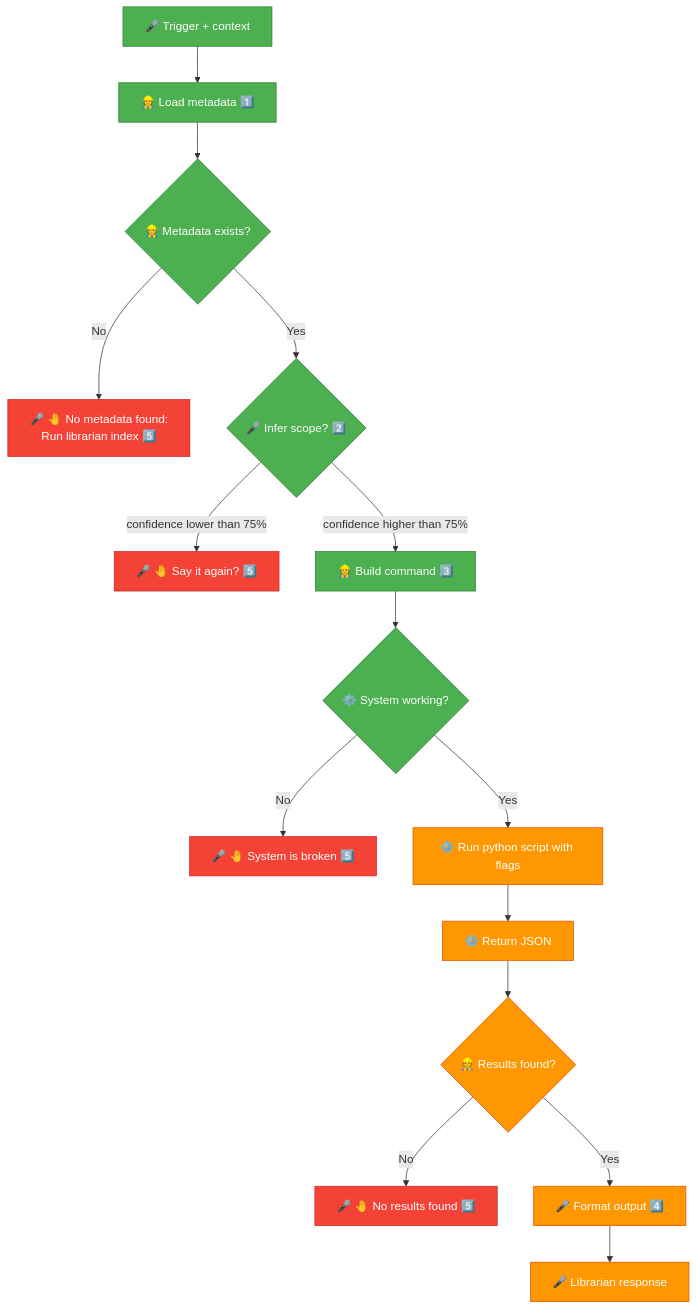
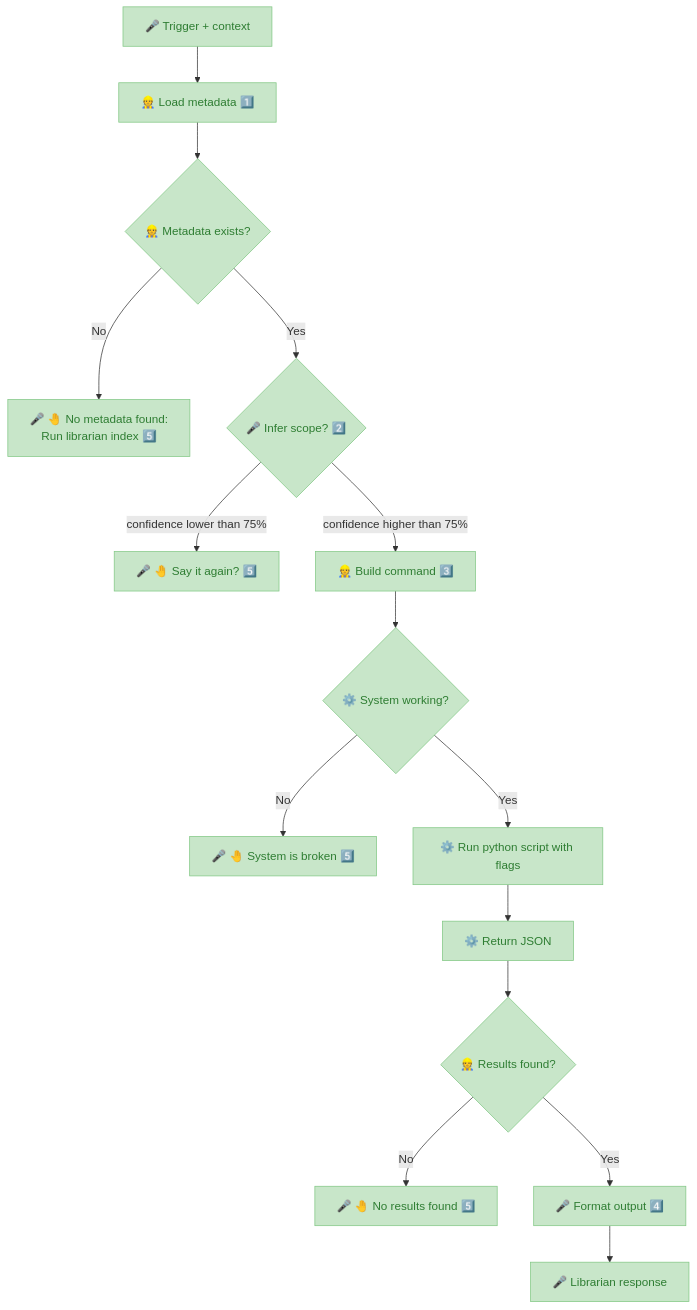
Before and after one commit to nonlinear/librarian: the first of 3 diagrams in backstage/epic-notes/v0.15.0-skill-protocol.md, drawn with Mermaid.

Commit message:
Diagram: All nodes green (ready status) - subtle light green (#c8e6c9)

````diff
--- a/backstage/epic-notes/v0.15.0-skill-protocol.md
+++ b/backstage/epic-notes/v0.15.0-skill-protocol.md
@@ -4,29 +4,27 @@
 ```mermaid
 flowchart TB
-    TRIGGER["🎤 Trigger + context"]:::approved
-    TRIGGER --> METADATA["👷 Load metadata 1️⃣"]:::approved
-    METADATA --> CHECK{"👷 Metadata exists?"}:::approved
+    TRIGGER["🎤 Trigger + context"]:::ready
+    TRIGGER --> METADATA["👷 Load metadata 1️⃣"]:::ready
+    METADATA --> CHECK{"👷 Metadata exists?"}:::ready
     
-    CHECK -->|No| ERROR["🎤 🤚 No metadata found:<br>Run librarian index 5️⃣"]:::blocker
-    CHECK -->|Yes| INFER{"🎤 Infer scope? 2️⃣"}:::approved
+    CHECK -->|No| ERROR["🎤 🤚 No metadata found:<br>Run librarian index 5️⃣"]:::ready
+    CHECK -->|Yes| INFER{"🎤 Infer scope? 2️⃣"}:::ready
     
-    INFER -->|confidence lower than 75%| CLARIFY["🎤 🤚 Say it again? 5️⃣"]:::blocker
-    INFER -->|confidence higher than 75%| BUILD["👷 Build command 3️⃣"]:::approved
+    INFER -->|confidence lower than 75%| CLARIFY["🎤 🤚 Say it again? 5️⃣"]:::ready
+    INFER -->|confidence higher than 75%| BUILD["👷 Build command 3️⃣"]:::ready
     
-    BUILD --> CHECK_SYSTEM{"⚙️ System working?"}:::approved
+    BUILD --> CHECK_SYSTEM{"⚙️ System working?"}:::ready
     
-    CHECK_SYSTEM -->|No| BROKEN["🎤 🤚 System is broken 5️⃣"]:::blocker
-    CHECK_SYSTEM -->|Yes| EXEC["⚙️ Run python script with flags"]:::developed
+    CHECK_SYSTEM -->|No| BROKEN["🎤 🤚 System is broken 5️⃣"]:::ready
+    CHECK_SYSTEM -->|Yes| EXEC["⚙️ Run python script with flags"]:::ready
     
-    EXEC --> JSON["⚙️ Return JSON"]:::developed
-    JSON --> CHECK_RESULTS{"👷 Results found?"}:::developed
+    EXEC --> JSON["⚙️ Return JSON"]:::ready
+    JSON --> CHECK_RESULTS{"👷 Results found?"}:::ready
     
-    CHECK_RESULTS -->|No| EMPTY["🎤 🤚 No results found 5️⃣"]:::blocker
-    CHECK_RESULTS -->|Yes| FORMAT["🎤 Format output 4️⃣"]:::developed
+    CHECK_RESULTS -->|No| EMPTY["🎤 🤚 No results found 5️⃣"]:::ready
+    CHECK_RESULTS -->|Yes| FORMAT["🎤 Format output 4️⃣"]:::ready
     
-    FORMAT --> RESPONSE["🎤 Librarian response"]:::developed
+    FORMAT --> RESPONSE["🎤 Librarian response"]:::ready
 
-    classDef approved fill:#4caf50,stroke:#2e7d32,color:#fff
-    classDef blocker fill:#f44336,stroke:#c62828,color:#fff
-    classDef developed fill:#ff9800,stroke:#e65100,color:#fff
+    classDef ready fill:#c8e6c9,stroke:#81c784,color:#2e7d32
 ```
````
